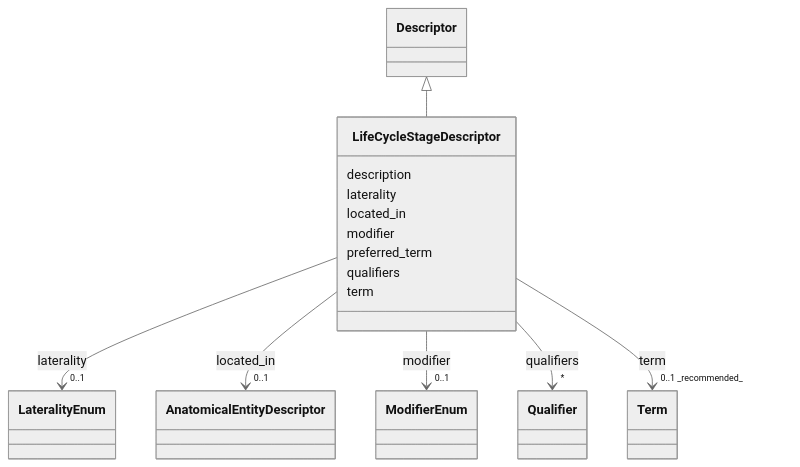
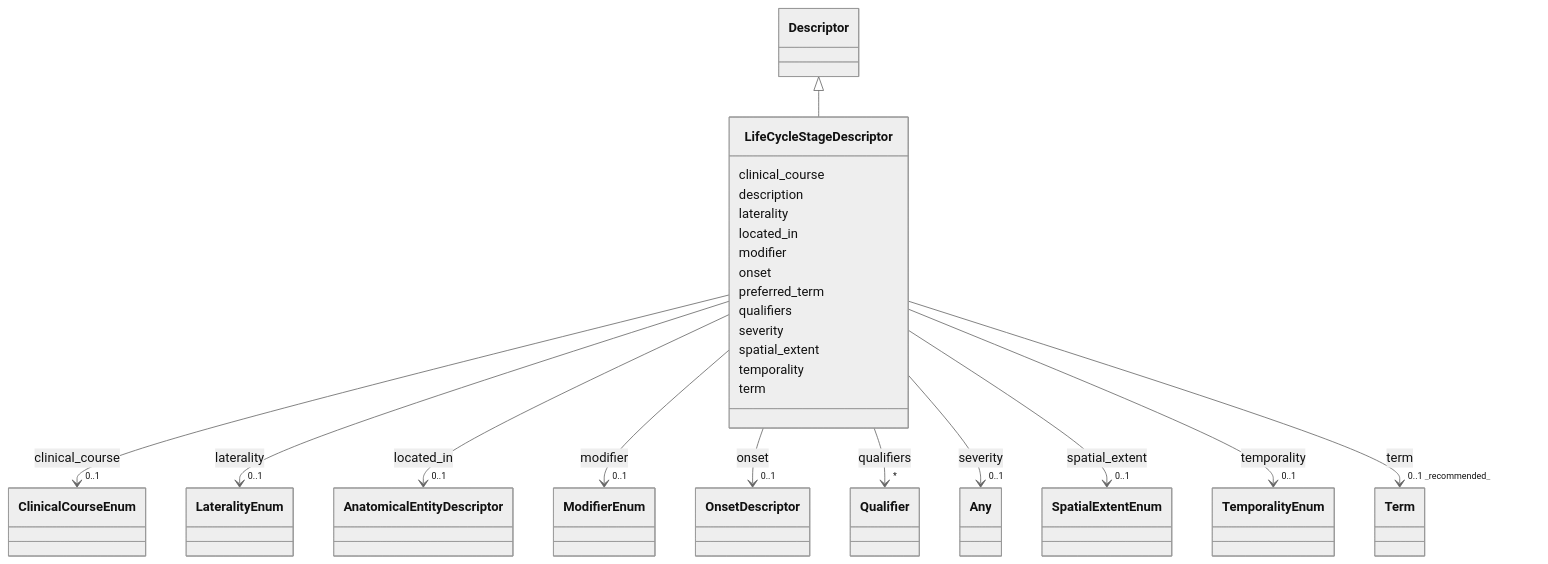
Before and after one commit to monarch-initiative/dismech: the diagram in docs/schema/classes/LifeCycleStageDescriptor.md, drawn with Mermaid (neutral theme). The commit also changed other lines of this file and 1343 other files, not shown here.

First line of the commit message:
docs: regenerate schema docs and point design-decisions link at rendered page

```diff
--- a/docs/schema/classes/LifeCycleStageDescriptor.md
+++ b/docs/schema/classes/LifeCycleStageDescriptor.md
@@ -22,6 +22,17 @@
       Descriptor <|-- LifeCycleStageDescriptor
         click Descriptor href "../../classes/Descriptor/"
       
+      LifeCycleStageDescriptor : clinical_course
+        
+          
+    
+        
+        
+        LifeCycleStageDescriptor --> "0..1" ClinicalCourseEnum : clinical_course
+        click ClinicalCourseEnum href "../../enums/ClinicalCourseEnum/"
+    
+
+        
       LifeCycleStageDescriptor : description
         
       LifeCycleStageDescriptor : laterality
@@ -57,6 +68,17 @@
     
 
         
+      LifeCycleStageDescriptor : onset
+        
+          
+    
+        
+        
+        LifeCycleStageDescriptor --> "0..1" OnsetDescriptor : onset
+        click OnsetDescriptor href "../../classes/OnsetDescriptor/"
+    
+
+        
       LifeCycleStageDescriptor : preferred_term
         
       LifeCycleStageDescriptor : qualifiers
@@ -67,6 +89,39 @@
         
         LifeCycleStageDescriptor --> "*" Qualifier : qualifiers
         click Qualifier href "../../classes/Qualifier/"
+    
+
+        
+      LifeCycleStageDescriptor : severity
+        
+          
+    
+        
+        
+        LifeCycleStageDescriptor --> "0..1" Any : severity
+        click Any href "../../classes/Any/"
+    
+
+        
+      LifeCycleStageDescriptor : spatial_extent
+        
+          
+    
+        
+        
+        LifeCycleStageDescriptor --> "0..1" SpatialExtentEnum : spatial_extent
+        click SpatialExtentEnum href "../../enums/SpatialExtentEnum/"
+    
+
+        
+      LifeCycleStageDescriptor : temporality
+        
+          
+    
+        
+        
+        LifeCycleStageDescriptor --> "0..1" TemporalityEnum : temporality
+        click TemporalityEnum href "../../enums/TemporalityEnum/"
     
 
         
```
